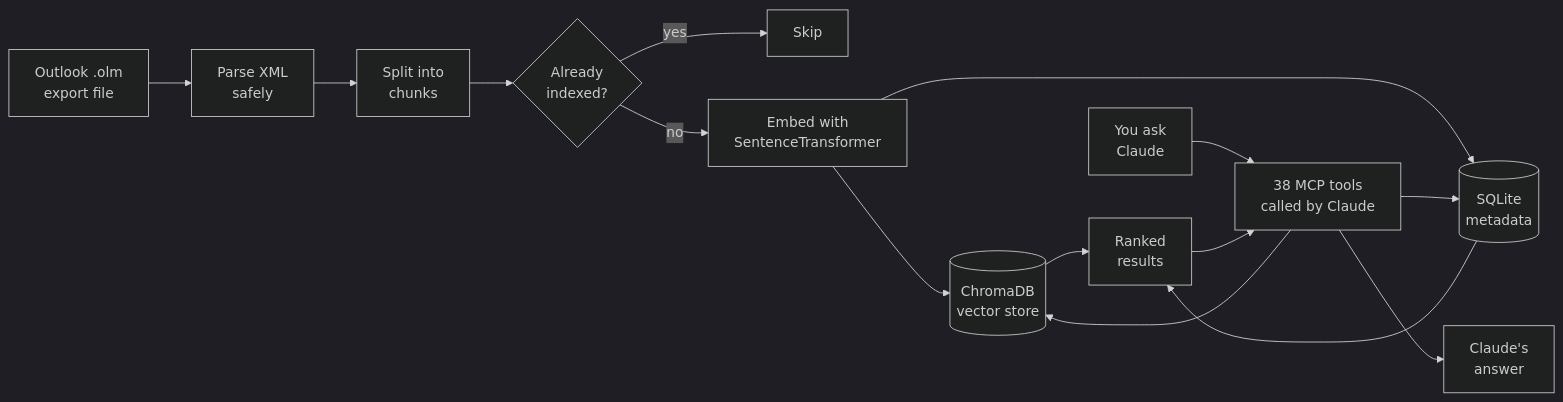
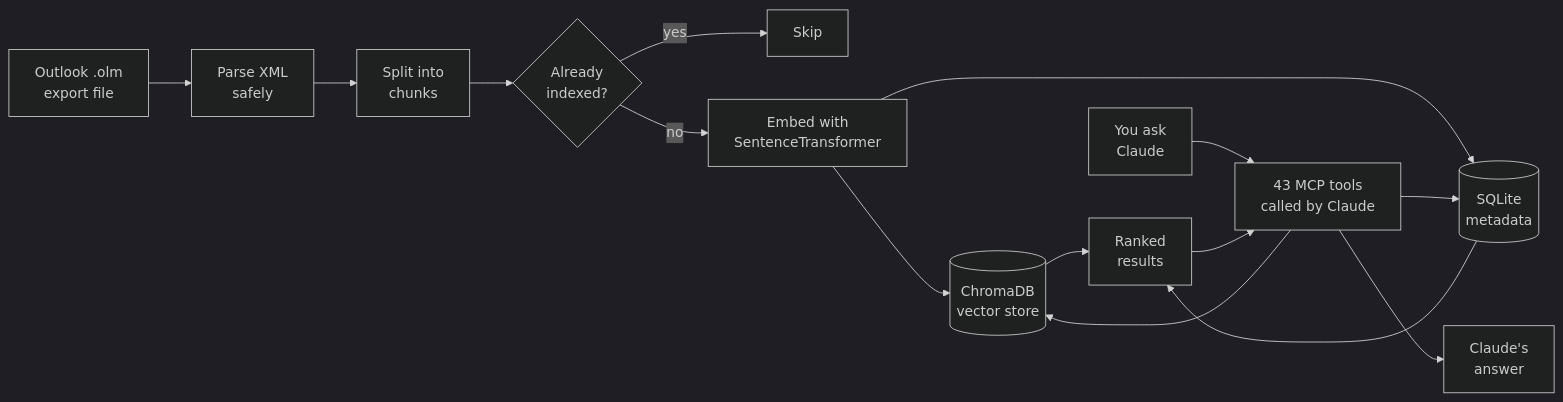
Before and after one commit to sebastianspicker/outlook-email-rag: the first of 4 diagrams in README.md, drawn with Mermaid (dark theme). The commit also changed other lines of this file and 11 other files, not shown here.

````diff
--- a/README.md
+++ b/README.md
@@ -29,18 +31,18 @@
 ```mermaid
 flowchart LR
     A["Outlook .olm\nexport file"] --> B["Parse XML\nsafely"]
     B --> C["Split into\nchunks"]
     C --> D{"Already\nindexed?"}
     D -- yes --> E["Skip"]
     D -- no --> F["Embed with\nSentenceTransformer"]
     F --> G[("ChromaDB\nvector store")]
     F --> H[("SQLite\nmetadata")]
 
-    I["You ask\nClaude"] --> J["38 MCP tools\ncalled by Claude"]
+    I["You ask\nClaude"] --> J["43 MCP tools\ncalled by Claude"]
     J --> G
     J --> H
     G --> K["Ranked\nresults"]
     H --> K
     K --> J
     J --> L["Claude's\nanswer"]
 ```
````
